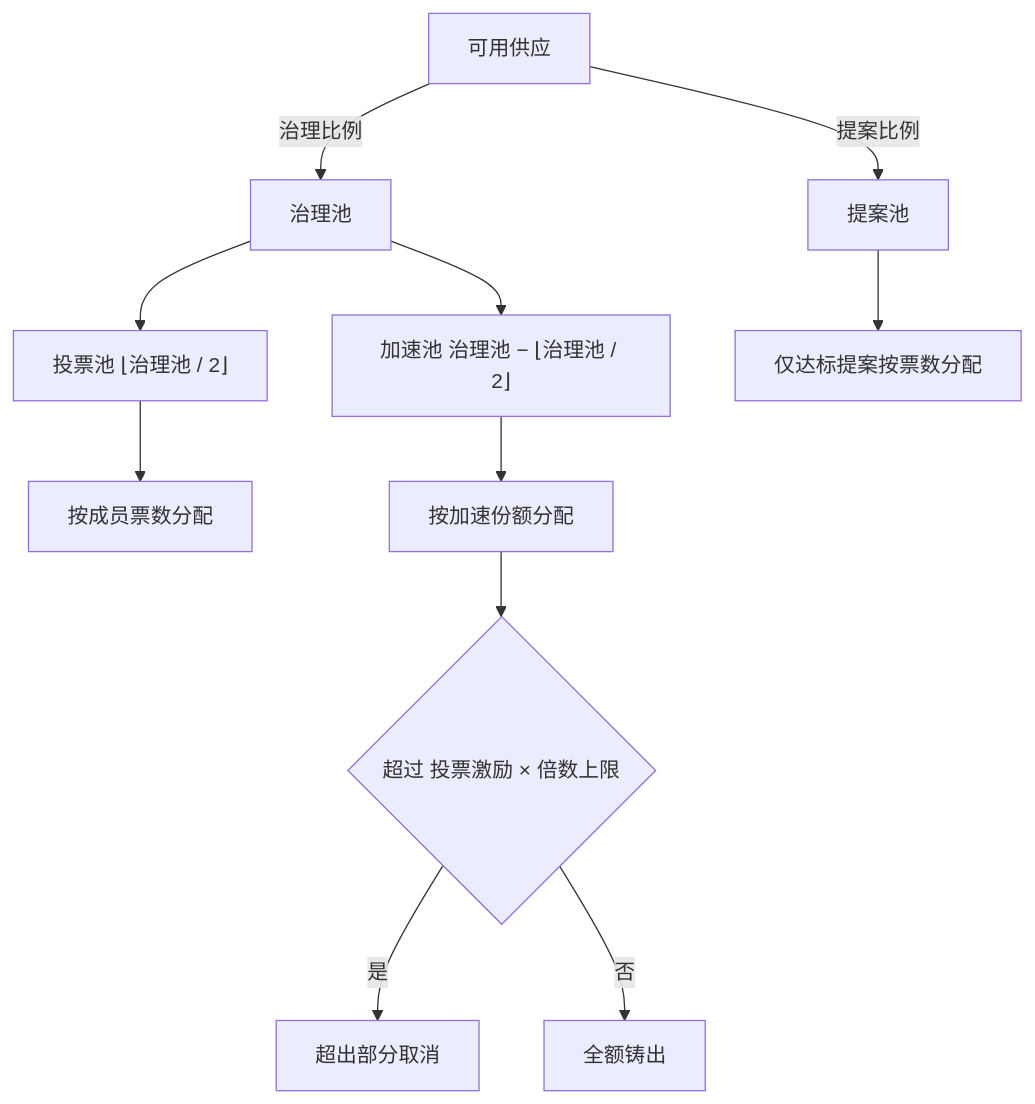
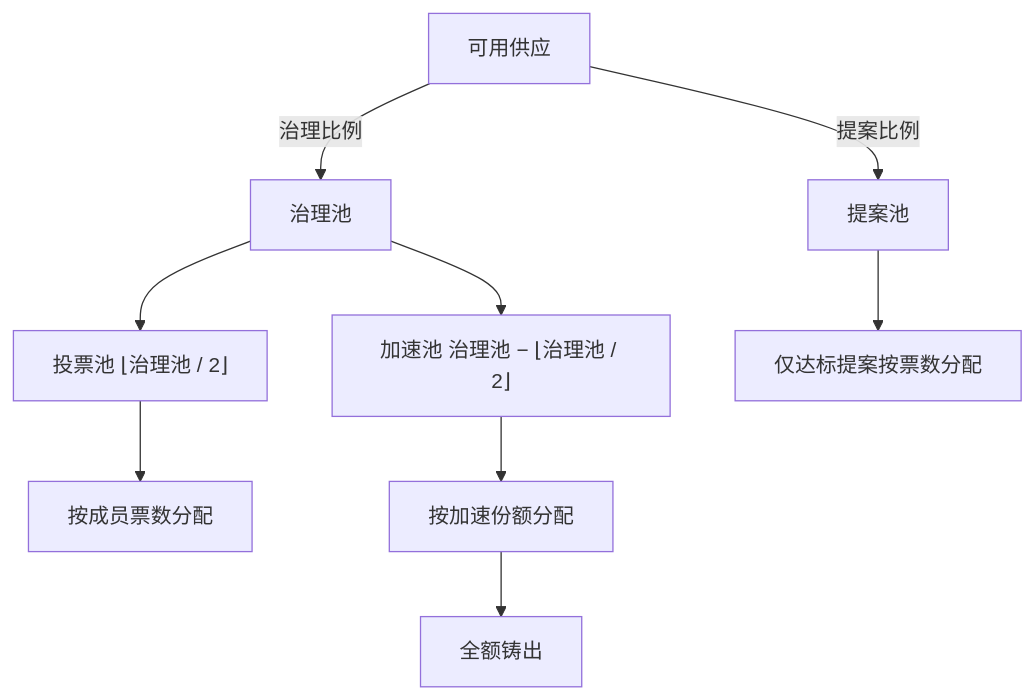
Before and after one commit to LOVE20BSC/core: the second of 3 diagrams in docs/whitepaper-core.md, drawn with Mermaid. The commit also changed other lines of this file and 24 other files, not shown here.

````diff
--- a/docs/whitepaper-core.md
+++ b/docs/whitepaper-core.md
@@ -137,13 +139,11 @@
 ```mermaid
 flowchart TD
     A["可用供应"] -->|"治理比例"| B["治理池"]
     A -->|"提案比例"| C["提案池"]
     B --> D["投票池 ⌊治理池 / 2⌋"]
     B --> E["加速池 治理池 − ⌊治理池 / 2⌋"]
     D --> F["按成员票数分配"]
     E --> G["按加速份额分配"]
-    G --> H{"超过 投票激励 × 倍数上限"}
-    H -->|"是"| I["超出部分取消"]
-    H -->|"否"| J["全额铸出"]
+    G --> J["全额铸出"]
     C --> K["仅达标提案按票数分配"]
 ```
````
